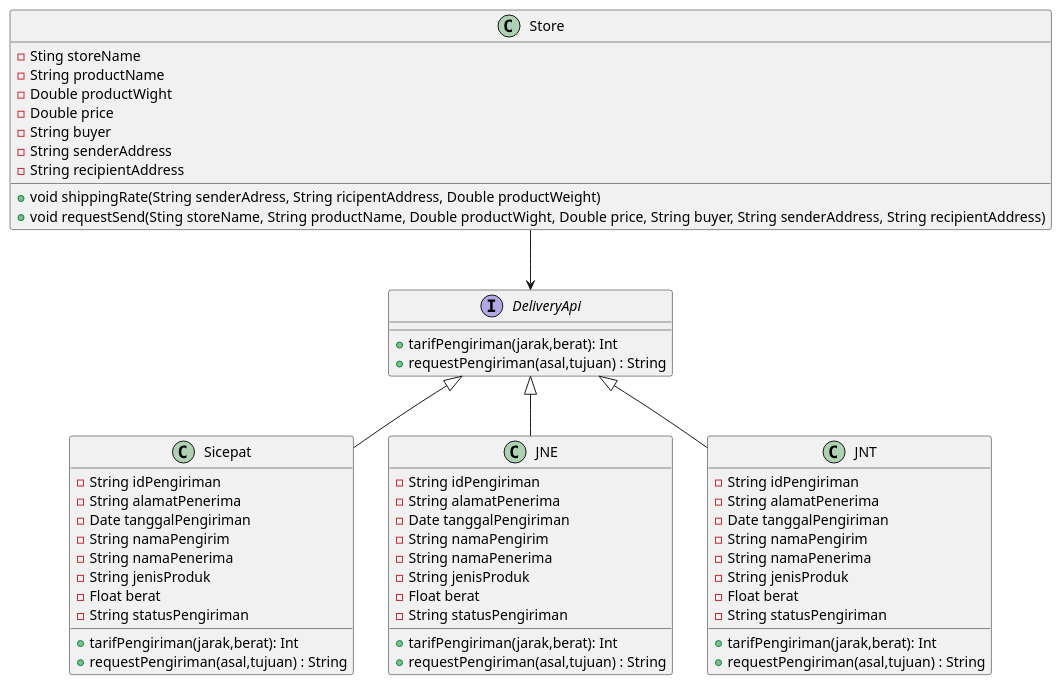
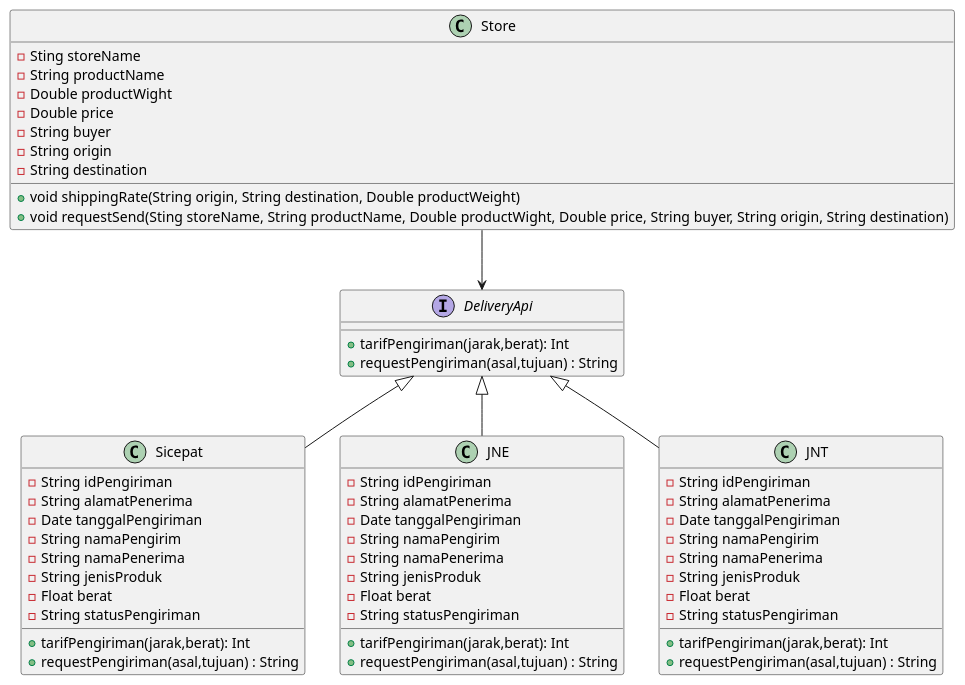
Before and after one commit to farhanzakiputra/pbpu-a-2022: the diagram in Kelompok 4/UML kelompok 4/UML Class Diagram Ecommerce.puml, drawn with PlantUML. The commit also changed 1 other file, not shown here.

Commit message:
update atribute & update methode class store + update description store

```diff
--- a/Kelompok 4/UML kelompok 4/UML Class Diagram Ecommerce.puml
+++ b/Kelompok 4/UML kelompok 4/UML Class Diagram Ecommerce.puml
@@ -1,70 +1,70 @@
 @startuml E-commerce
 ' diagram style
 
 ' diagram relation
 DeliveryApi <|-- Sicepat
 DeliveryApi <|-- JNE
 DeliveryApi <|-- JNT
 Store --> DeliveryApi
 
 class Store{
   -Sting storeName
   -String productName
   -Double productWight
   -Double price
   -String buyer
-  -String senderAddress
-  -String recipientAddress
+  -String origin
+  -String destination
 
-  +void shippingRate(String senderAdress, String ricipentAddress, Double productWeight)
-  +void requestSend(Sting storeName, String productName, Double productWight, Double price, String buyer, String senderAddress, String recipientAddress)
+  +void shippingRate(String origin, String destination, Double productWeight)
+  +void requestSend(Sting storeName, String productName, Double productWight, Double price, String buyer, String origin, String destination)
 }
 
 interface DeliveryApi{
     +tarifPengiriman(jarak,berat): Int
     +requestPengiriman(asal,tujuan) : String
 }
 
 Class Sicepat{
     -String idPengiriman
 	  -String alamatPenerima
 	  -Date tanggalPengiriman
 	  -String namaPengirim 
 	  -String namaPenerima
 	  -String jenisProduk
 	  -Float berat
 	  -String statusPengiriman
   
     +tarifPengiriman(jarak,berat): Int
     +requestPengiriman(asal,tujuan) : String
 }
 
 Class JNE{
     -String idPengiriman
 	  -String alamatPenerima
 	  -Date tanggalPengiriman
 	  -String namaPengirim 
 	  -String namaPenerima
 	  -String jenisProduk
   	-Float berat
   	-String statusPengiriman
   
     +tarifPengiriman(jarak,berat): Int
     +requestPengiriman(asal,tujuan) : String
 }
 
 Class JNT{
     -String idPengiriman
 	  -String alamatPenerima
 	  -Date tanggalPengiriman
 	  -String namaPengirim 
 	  -String namaPenerima
 	  -String jenisProduk
 	  -Float berat
 	  -String statusPengiriman
   
     +tarifPengiriman(jarak,berat): Int
     +requestPengiriman(asal,tujuan) : String
 }
 
 @enduml
```
